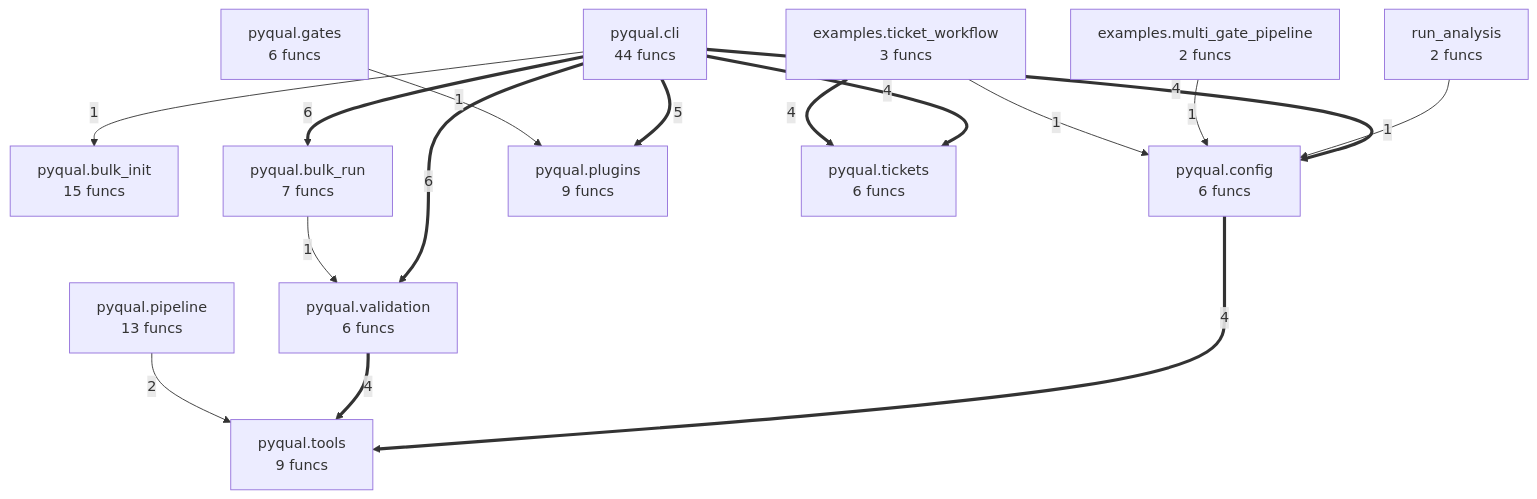
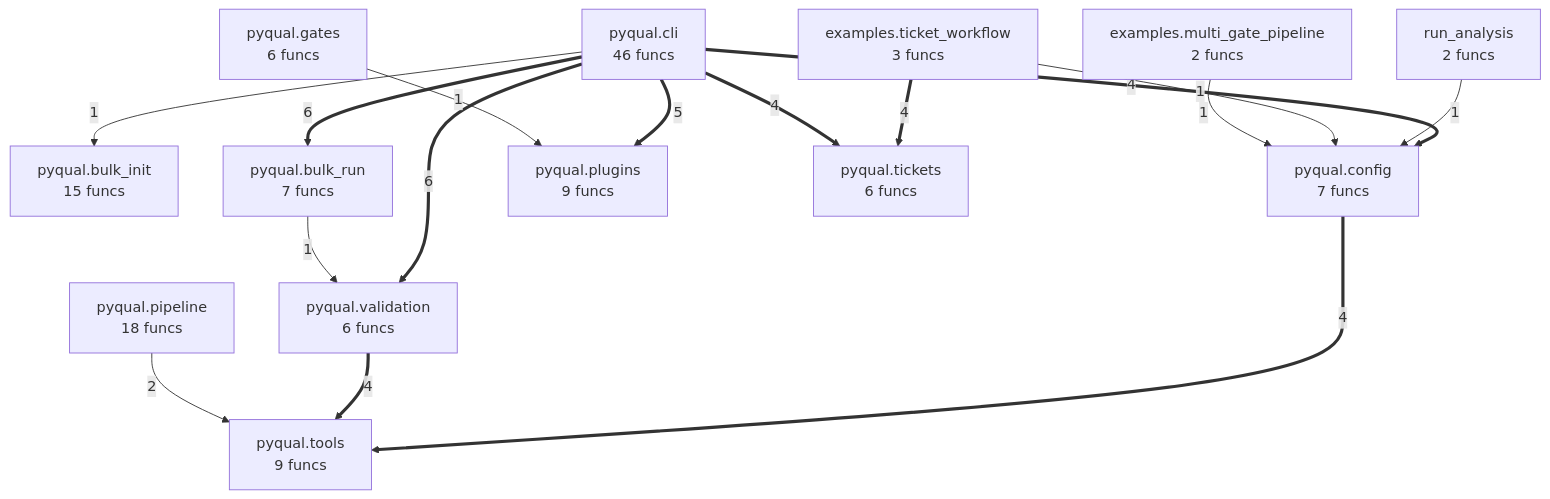
One commit to semcod/pyqual changed the diagram in project/compact_flow.mmd. Above: the diagram before and after it, drawn with Mermaid. The commit also changed 36 other files, not shown here.

```diff
--- a/project/compact_flow.mmd
+++ b/project/compact_flow.mmd
@@ -1,29 +1,29 @@
 flowchart TD
     examples__multi_gate_pipeline["examples.multi_gate_pipeline<br/>2 funcs"]
     examples__ticket_workflow["examples.ticket_workflow<br/>3 funcs"]
     pyqual__bulk_init["pyqual.bulk_init<br/>15 funcs"]
     pyqual__bulk_run["pyqual.bulk_run<br/>7 funcs"]
-    pyqual__cli["pyqual.cli<br/>44 funcs"]
-    pyqual__config["pyqual.config<br/>6 funcs"]
+    pyqual__cli["pyqual.cli<br/>46 funcs"]
+    pyqual__config["pyqual.config<br/>7 funcs"]
     pyqual__gates["pyqual.gates<br/>6 funcs"]
-    pyqual__pipeline["pyqual.pipeline<br/>13 funcs"]
+    pyqual__pipeline["pyqual.pipeline<br/>18 funcs"]
     pyqual__plugins["pyqual.plugins<br/>9 funcs"]
     pyqual__tickets["pyqual.tickets<br/>6 funcs"]
     pyqual__tools["pyqual.tools<br/>9 funcs"]
     pyqual__validation["pyqual.validation<br/>6 funcs"]
     run_analysis["run_analysis<br/>2 funcs"]
     pyqual__cli ==>|6| pyqual__bulk_run
     pyqual__cli ==>|6| pyqual__validation
     pyqual__cli ==>|5| pyqual__plugins
+    examples__ticket_workflow ==>|4| pyqual__tickets
     pyqual__config ==>|4| pyqual__tools
+    pyqual__validation ==>|4| pyqual__tools
     pyqual__cli ==>|4| pyqual__config
     pyqual__cli ==>|4| pyqual__tickets
-    pyqual__validation ==>|4| pyqual__tools
-    examples__ticket_workflow ==>|4| pyqual__tickets
     pyqual__pipeline -->|2| pyqual__tools
     run_analysis -->|1| pyqual__config
+    examples__ticket_workflow -->|1| pyqual__config
+    examples__multi_gate_pipeline -->|1| pyqual__config
     pyqual__gates -->|1| pyqual__plugins
     pyqual__cli -->|1| pyqual__bulk_init
-    examples__multi_gate_pipeline -->|1| pyqual__config
-    examples__ticket_workflow -->|1| pyqual__config
     pyqual__bulk_run -->|1| pyqual__validation
```
